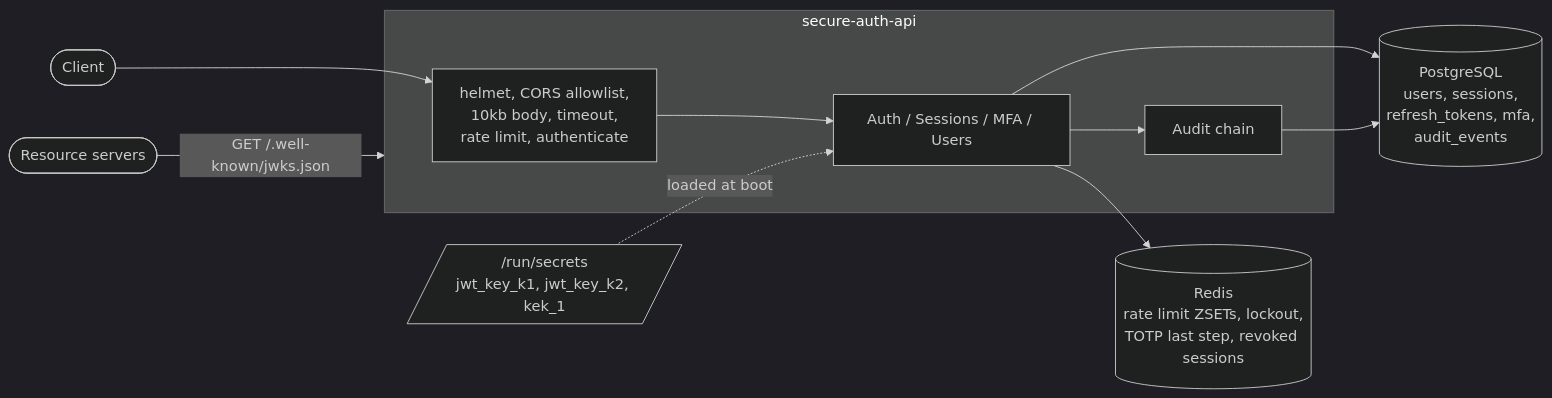
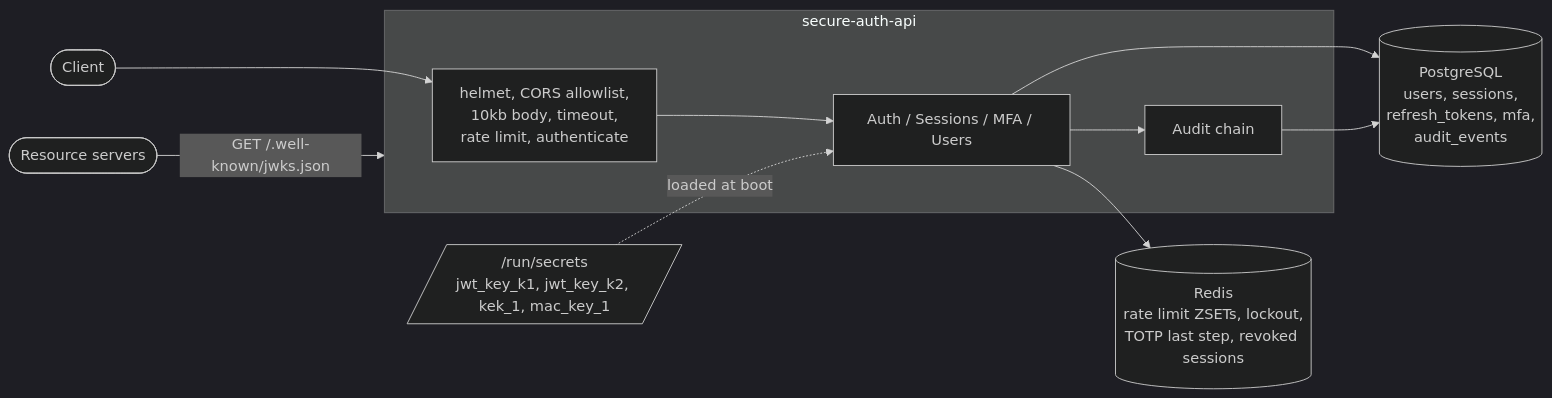
The first of 3 diagrams in README.md (vinihellmann/secure-auth-api), drawn with Mermaid (dark theme) before and after one commit. The commit also changed other lines of this file and 9 other files, not shown here.

````diff
--- a/README.md
+++ b/README.md
@@ -32,22 +32,22 @@
 ```mermaid
 flowchart LR
     client([Client])
     rs([Resource servers])
 
     subgraph api [secure-auth-api]
         mw[helmet, CORS allowlist,<br/>10kb body, timeout,<br/>rate limit, authenticate]
         auth[Auth / Sessions / MFA / Users]
         audit[Audit chain]
     end
 
     pg[(PostgreSQL<br/>users, sessions,<br/>refresh_tokens, mfa,<br/>audit_events)]
     redis[(Redis<br/>rate limit ZSETs, lockout,<br/>TOTP last step, revoked sessions)]
-    secrets[/"/run/secrets<br/>jwt_key_k1, jwt_key_k2, kek_1"/]
+    secrets[/"/run/secrets<br/>jwt_key_k1, jwt_key_k2, kek_1, mac_key_1"/]
 
     client --> mw --> auth
     auth --> pg
     auth --> redis
     auth --> audit --> pg
     secrets -. loaded at boot .-> auth
     rs -- "GET /.well-known/jwks.json" --> api
 ```
````
